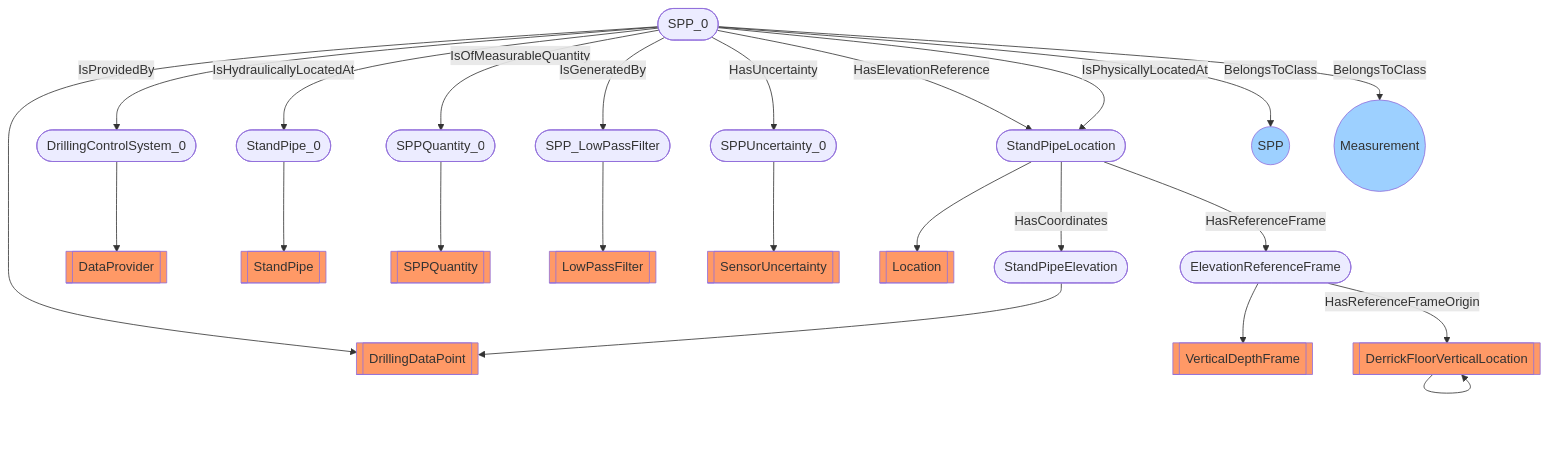
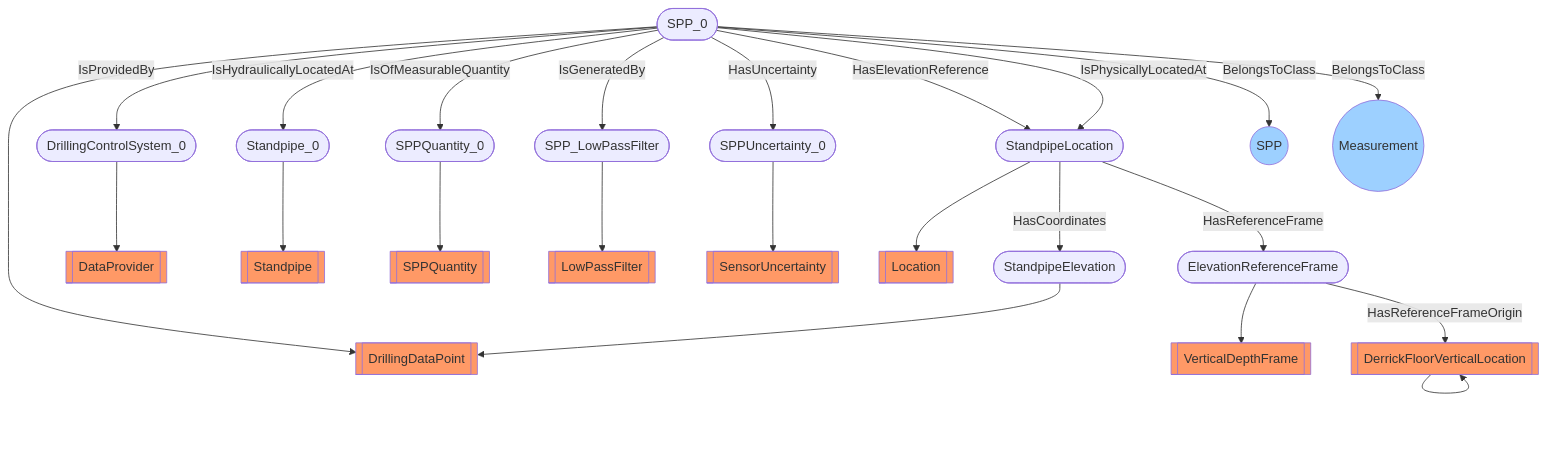
Before and after one commit to D-WIS/DDHub-Semantic-Interoperability: the diagram in docs/vocabulary_development/auto-generated/md/examples/DWIS-SPP0.md, drawn with Mermaid. The commit also changed other lines of this file and 27 other files, not shown here.

````diff
--- a/docs/vocabulary_development/auto-generated/md/examples/DWIS-SPP0.md
+++ b/docs/vocabulary_development/auto-generated/md/examples/DWIS-SPP0.md
@@ -24,27 +24,27 @@
 ```mermaid
 flowchart TD
 	 classDef typeClass fill:#f96;
 	 classDef classClass fill:#9dd0ff;
 	SPP_0([SPP_0]) --> DrillingDataPoint[[DrillingDataPoint]]:::typeClass
-	StandPipe_0([StandPipe_0]) --> StandPipe[[StandPipe]]:::typeClass
+	Standpipe_0([Standpipe_0]) --> Standpipe[[Standpipe]]:::typeClass
 	SPPQuantity_0([SPPQuantity_0]) --> SPPQuantity[[SPPQuantity]]:::typeClass
 	SPPUncertainty_0([SPPUncertainty_0]) --> SensorUncertainty[[SensorUncertainty]]:::typeClass
 	SPP_LowPassFilter([SPP_LowPassFilter]) --> LowPassFilter[[LowPassFilter]]:::typeClass
 	DrillingControlSystem_0([DrillingControlSystem_0]) --> DataProvider[[DataProvider]]:::typeClass
-	StandPipeLocation([StandPipeLocation]) --> Location[[Location]]:::typeClass
+	StandpipeLocation([StandpipeLocation]) --> Location[[Location]]:::typeClass
 	DerrickFloorVerticalLocation([DerrickFloorVerticalLocation]) --> DerrickFloorVerticalLocation[[DerrickFloorVerticalLocation]]:::typeClass
-	StandPipeElevation([StandPipeElevation]) --> DrillingDataPoint[[DrillingDataPoint]]:::typeClass
+	StandpipeElevation([StandpipeElevation]) --> DrillingDataPoint[[DrillingDataPoint]]:::typeClass
 	ElevationReferenceFrame([ElevationReferenceFrame]) --> VerticalDepthFrame[[VerticalDepthFrame]]:::typeClass
 	 SPP_0 -- IsProvidedBy --> DrillingControlSystem_0 
-	 SPP_0 -- IsHydraulicallyLocatedAt --> StandPipe_0 
+	 SPP_0 -- IsHydraulicallyLocatedAt --> Standpipe_0 
 	 SPP_0 -- IsOfMeasurableQuantity --> SPPQuantity_0 
 	 SPP_0 -- IsGeneratedBy --> SPP_LowPassFilter 
 	 SPP_0 -- HasUncertainty --> SPPUncertainty_0 
-	 SPP_0 -- HasElevationReference --> StandPipeLocation 
-	 SPP_0 -- IsPhysicallyLocatedAt --> StandPipeLocation 
-	 StandPipeLocation -- HasCoordinates --> StandPipeElevation 
-	 StandPipeLocation -- HasReferenceFrame --> ElevationReferenceFrame 
+	 SPP_0 -- HasElevationReference --> StandpipeLocation 
+	 SPP_0 -- IsPhysicallyLocatedAt --> StandpipeLocation 
+	 StandpipeLocation -- HasCoordinates --> StandpipeElevation 
+	 StandpipeLocation -- HasReferenceFrame --> ElevationReferenceFrame 
 	 ElevationReferenceFrame -- HasReferenceFrameOrigin --> DerrickFloorVerticalLocation 
 	 SPP_0 -- BelongsToClass --> SPP((SPP)):::classClass
 	 SPP_0 -- BelongsToClass --> Measurement((Measurement)):::classClass
 ```
````
